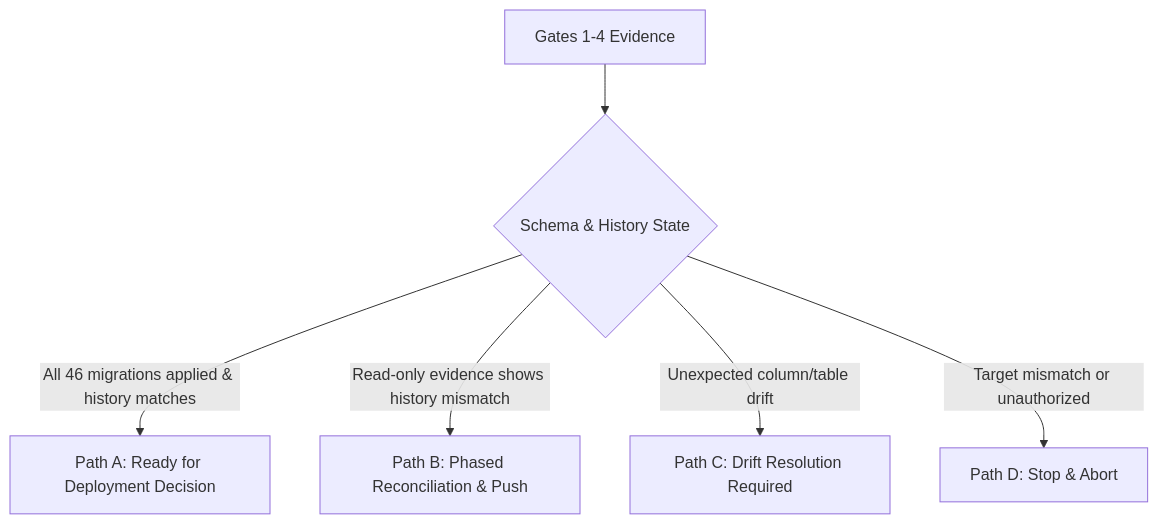
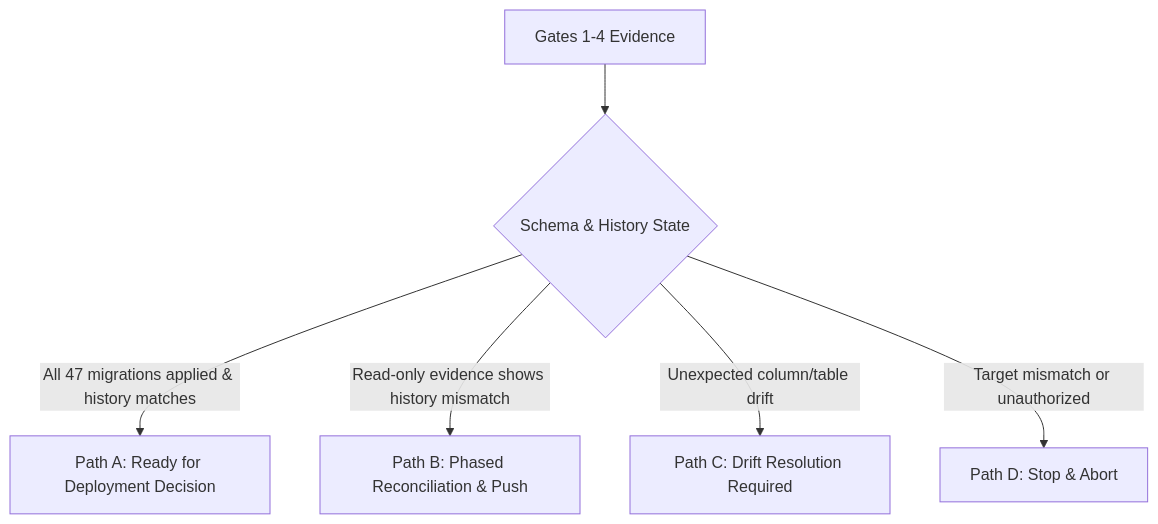
One commit to acmis1/capstone-impact-platform changed the diagram in infra/supabase/staging-reconciliation-runbook.md. Above: the diagram before and after it, drawn with Mermaid. The commit also changed other lines of this file and 84 other files, not shown here.

````diff
--- a/infra/supabase/staging-reconciliation-runbook.md
+++ b/infra/supabase/staging-reconciliation-runbook.md
@@ -203,8 +228,8 @@
 ```mermaid
 flowchart TD
     G[Gates 1-4 Evidence] --> C{Schema & History State}
-    C -->|All 46 migrations applied & history matches| PA[Path A: Ready for Deployment Decision]
+    C -->|All 47 migrations applied & history matches| PA[Path A: Ready for Deployment Decision]
     C -->|Read-only evidence shows history mismatch| PB[Path B: Phased Reconciliation & Push]
     C -->|Unexpected column/table drift| PC[Path C: Drift Resolution Required]
     C -->|Target mismatch or unauthorized| PD[Path D: Stop & Abort]
 ```
````
